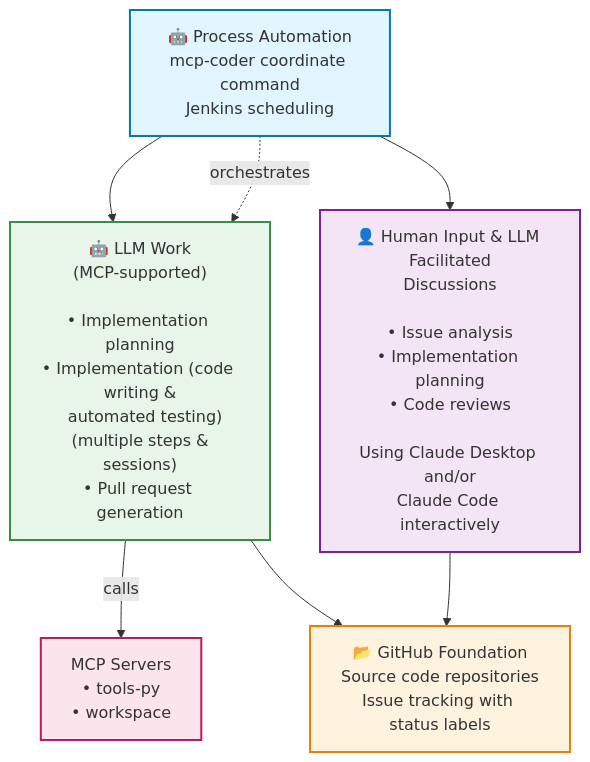
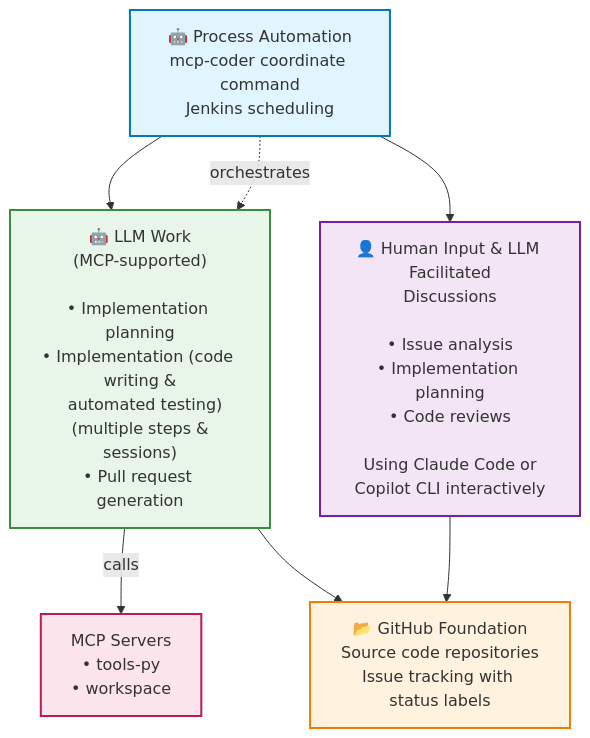
Before and after one commit to MarcusJellinghaus/mcp_coder: the diagram in README.md, drawn with Mermaid. The commit also changed other lines of this file and 11 other files, not shown here.

First line of the commit message:
docs: update multi-provider support and add Copilot CLI (#865)

````diff
--- a/README.md
+++ b/README.md
@@ -61,31 +61,31 @@
 ```mermaid
 flowchart TD
     PA["🤖 Process Automation<br/>mcp-coder coordinate command<br/>Jenkins scheduling"]
     
-    HI["👤 Human Input & LLM Facilitated<br/>Discussions<br/><br/>• Issue analysis<br/>• Implementation planning<br/>• Code reviews<br/><br/>Using Claude Desktop and/or<br/>Claude Code interactively"]
+    HI["👤 Human Input & LLM Facilitated<br/>Discussions<br/><br/>• Issue analysis<br/>• Implementation planning<br/>• Code reviews<br/><br/>Using Claude Code or<br/>Copilot CLI interactively"]
     
     LW["🤖 LLM Work<br/>(MCP-supported)<br/><br/>• Implementation planning<br/>• Implementation (code writing &<br/>  automated testing)<br/> (multiple steps & sessions)<br/>• Pull request generation"]
     
     MCP["MCP Servers<br/>• tools-py<br/>• workspace"]
     
     GH["📂 GitHub Foundation<br/>Source code repositories<br/>Issue tracking with status labels"]
     
     PA -.->|orchestrates| LW
     PA --> HI
     PA --> LW
     LW -->|calls| MCP
     HI --> GH
     LW --> GH
     
     classDef automation fill:#e1f5fe,stroke:#0277bd,stroke-width:2px
     classDef human fill:#f3e5f5,stroke:#7b1fa2,stroke-width:2px
     classDef llm fill:#e8f5e9,stroke:#388e3c,stroke-width:2px
     classDef foundation fill:#fff3e0,stroke:#f57c00,stroke-width:2px
     classDef mcp fill:#fce4ec,stroke:#c2185b,stroke-width:2px
     
     class PA automation
     class HI human
     class LW llm
     class GH foundation
     class MCP mcp
 ```
````
